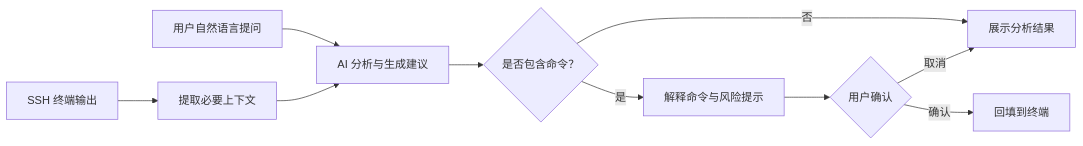
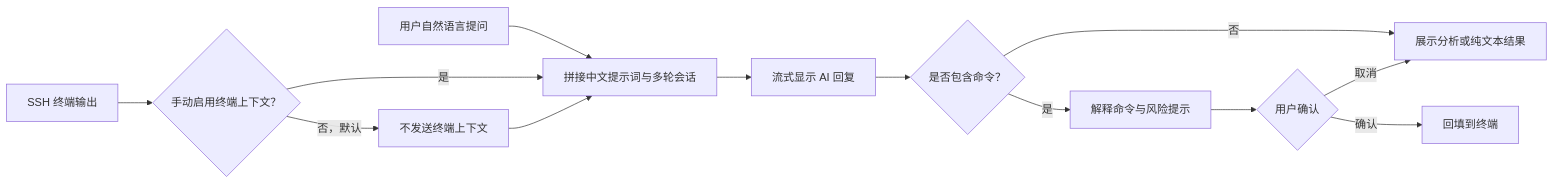
The diagram in readme.md (AI-DIY/PuTTY-AI), drawn with Mermaid before and after one commit. The commit also changed other lines of this file and 803 other files, not shown here.

````diff
--- a/readme.md
+++ b/readme.md
@@ -37,12 +41,15 @@
 ```mermaid
 flowchart LR
-    A["SSH 终端输出"] --> B["提取必要上下文"]
-    C["用户自然语言提问"] --> D["AI 分析与生成建议"]
-    B --> D
-    D --> E{"是否包含命令？"}
-    E -- 否 --> F["展示分析结果"]
-    E -- 是 --> G["解释命令与风险提示"]
-    G --> H{"用户确认"}
-    H -- 确认 --> I["回填到终端"]
-    H -- 取消 --> F
+    A["用户自然语言提问"] --> D["拼接中文提示词与多轮会话"]
+    B["SSH 终端输出"] --> C{"手动启用终端上下文？"}
+    C -- 是 --> D
+    C -- 否，默认 --> N["不发送终端上下文"]
+    N --> D
+    D --> E["流式显示 AI 回复"]
+    E --> F{"是否包含命令？"}
+    F -- 否 --> G["展示分析或纯文本结果"]
+    F -- 是 --> H["解释命令与风险提示"]
+    H --> I{"用户确认"}
+    I -- 确认 --> J["回填到终端"]
+    I -- 取消 --> G
 ```
````
